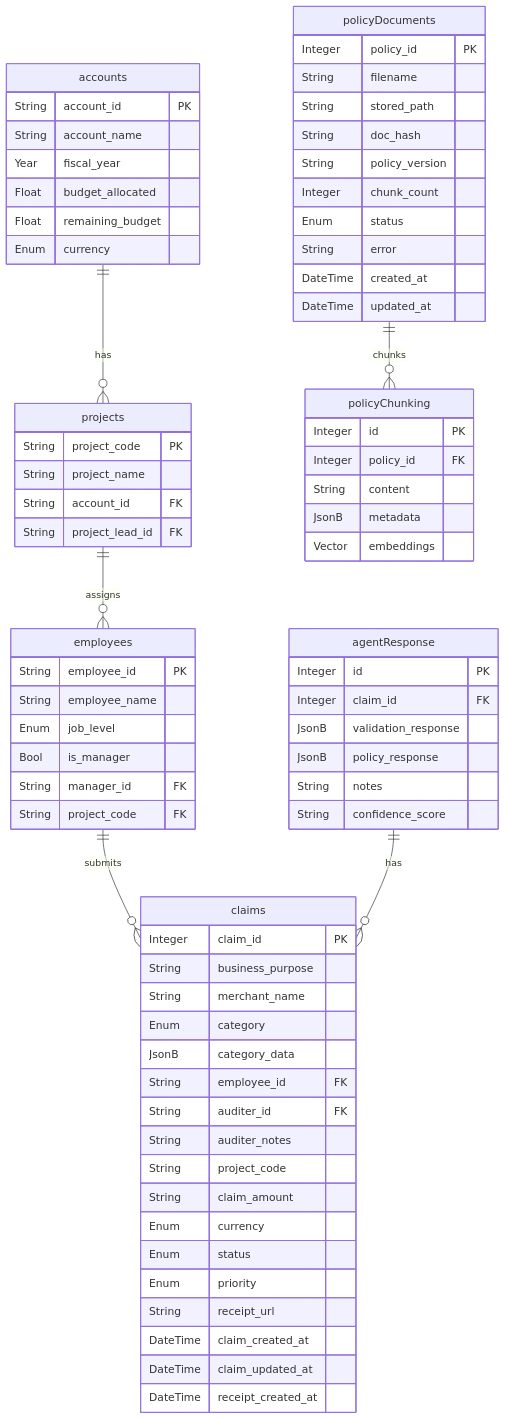
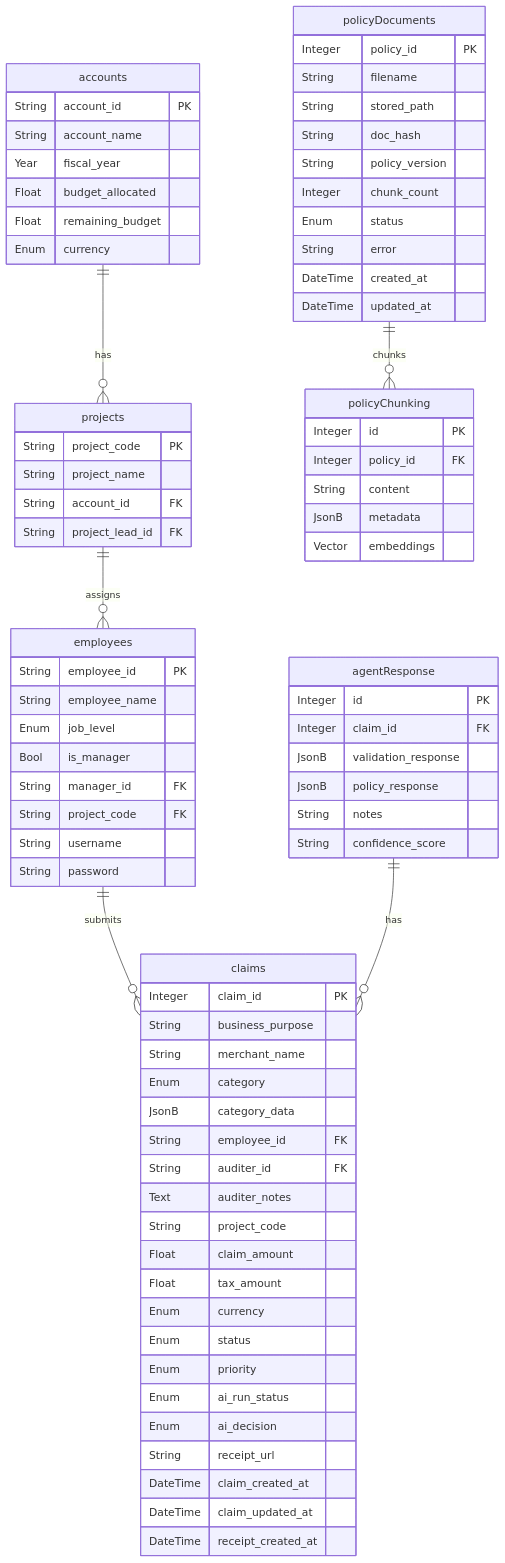
One commit to sreyas-dev-w/ai-expense-audit-assistant changed the diagram in docs/schemas/database-schema.md. Above: the diagram before and after it, drawn with Mermaid. The commit also changed other lines of this file and 8 other files, not shown here.

```diff
--- a/docs/schemas/database-schema.md
+++ b/docs/schemas/database-schema.md
@@ -31,6 +31,8 @@
         Bool is_manager
         String manager_id FK
         String project_code FK
+        String username
+        String password
     }
 
     claims {
@@ -41,12 +43,15 @@
         JsonB category_data
         String employee_id FK
         String auditer_id FK
-        String auditer_notes
+        Text auditer_notes
         String project_code
-        String claim_amount
+        Float claim_amount
+        Float tax_amount
         Enum currency
         Enum status
         Enum priority
+        Enum ai_run_status
+        Enum ai_decision
         String receipt_url
         DateTime claim_created_at
         DateTime claim_updated_at
```
